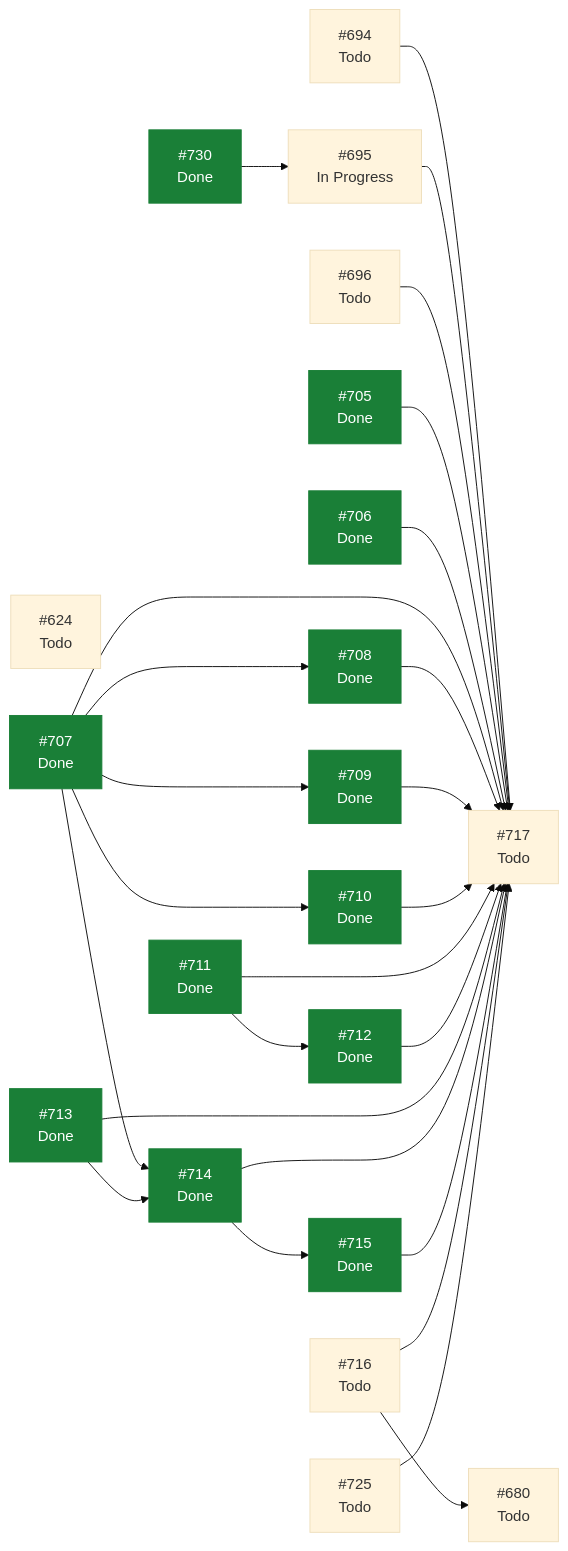
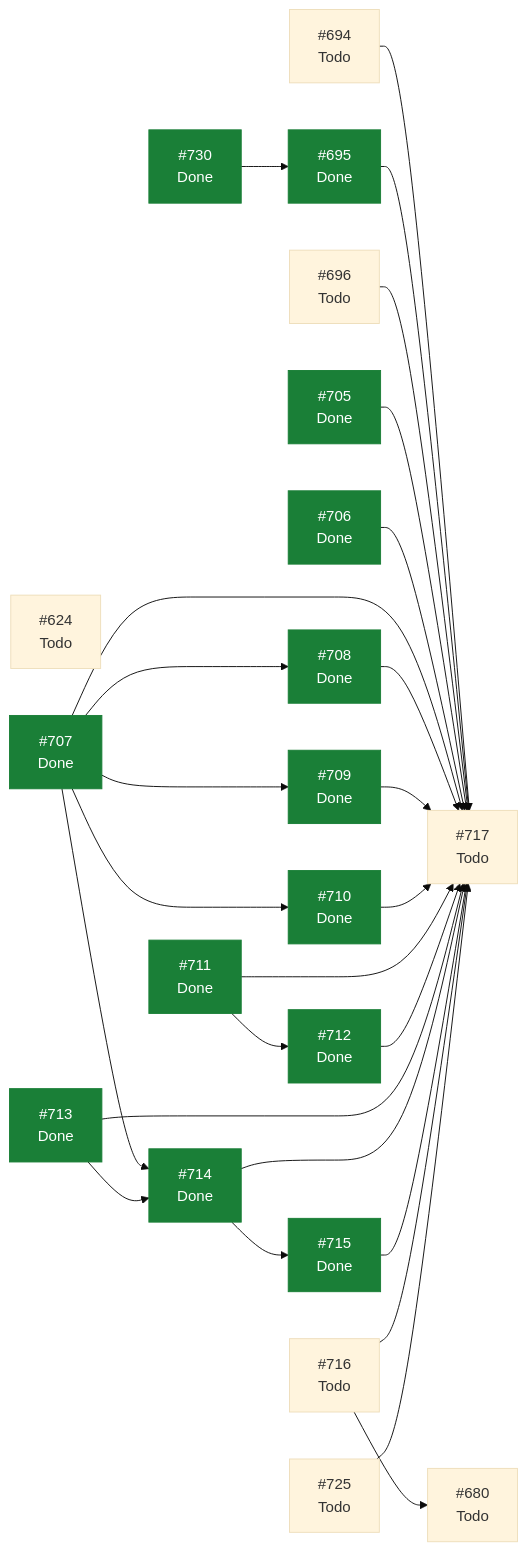
The diagram in docs/planning/STATUS.md (ecamp0s/evault), drawn with Mermaid (base theme) before and after one commit. The commit also changed other lines of this file, not shown here.

````diff
--- a/docs/planning/STATUS.md
+++ b/docs/planning/STATUS.md
@@ -110,50 +109,50 @@
 ```mermaid
 graph LR
   I624["#624<br/>Todo"]
   I680["#680<br/>Todo"]
   I694["#694<br/>Todo"]
-  I695["#695<br/>In Progress"]
+  I695["#695<br/>Done"]
   I696["#696<br/>Todo"]
   I705["#705<br/>Done"]
   I706["#706<br/>Done"]
   I707["#707<br/>Done"]
   I708["#708<br/>Done"]
   I709["#709<br/>Done"]
   I710["#710<br/>Done"]
   I711["#711<br/>Done"]
   I712["#712<br/>Done"]
   I713["#713<br/>Done"]
   I714["#714<br/>Done"]
   I715["#715<br/>Done"]
   I716["#716<br/>Todo"]
   I717["#717<br/>Todo"]
   I725["#725<br/>Todo"]
   I730["#730<br/>Done"]
   I694 --> I717
   I695 --> I717
   I696 --> I717
   I705 --> I717
   I706 --> I717
   I707 --> I708
   I707 --> I709
   I707 --> I710
   I707 --> I714
   I707 --> I717
   I708 --> I717
   I709 --> I717
   I710 --> I717
   I711 --> I712
   I711 --> I717
   I712 --> I717
   I713 --> I714
   I713 --> I717
   I714 --> I715
   I714 --> I717
   I715 --> I717
   I716 --> I680
   I716 --> I717
   I725 --> I717
   I730 --> I695
   classDef hecho fill:#1a7f37,stroke:#1a7f37,color:#fff;
-  class I705,I706,I707,I708,I709,I710,I711,I712,I713,I714,I715,I730 hecho;
+  class I695,I705,I706,I707,I708,I709,I710,I711,I712,I713,I714,I715,I730 hecho;
 ```
````
